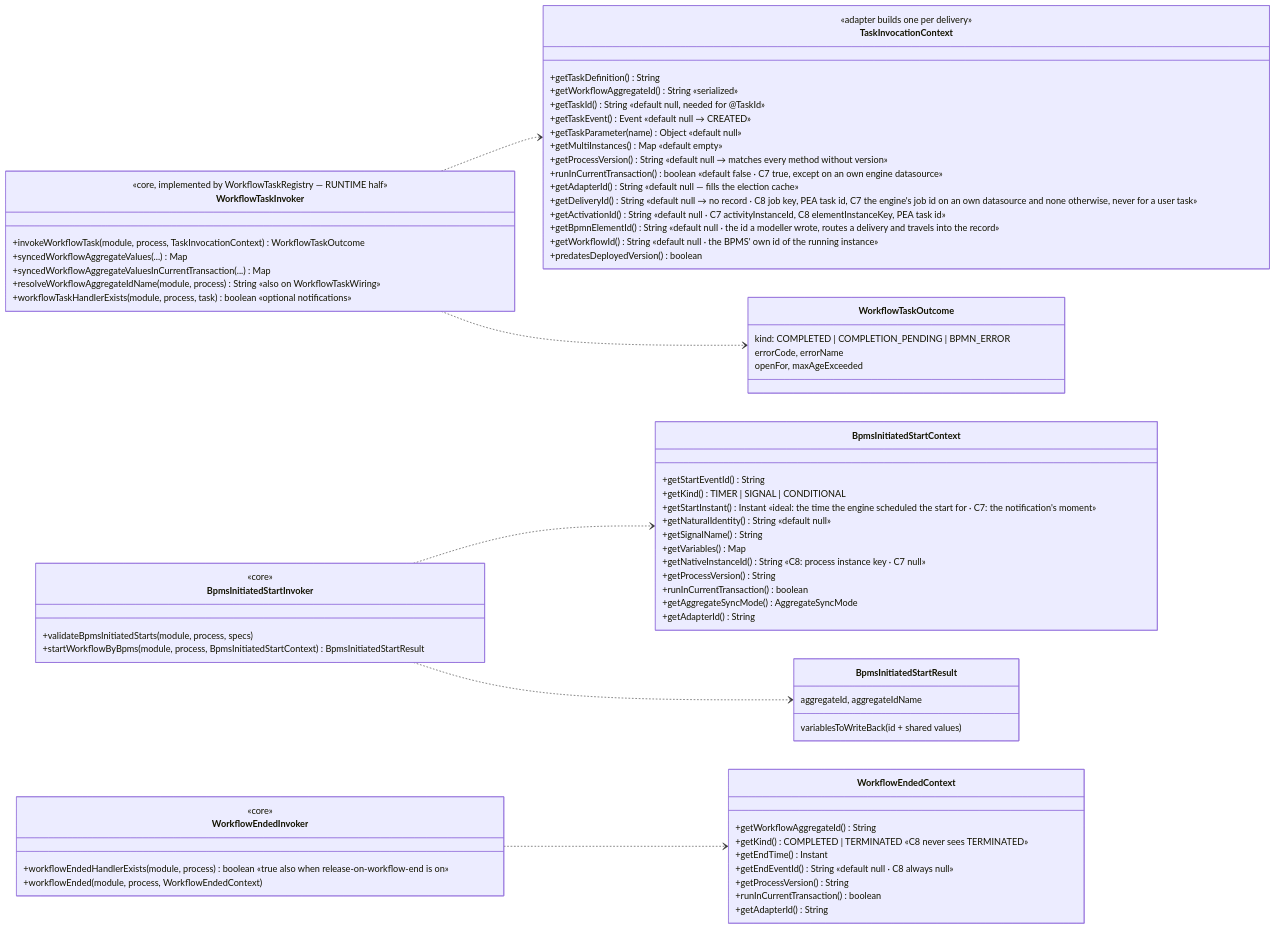
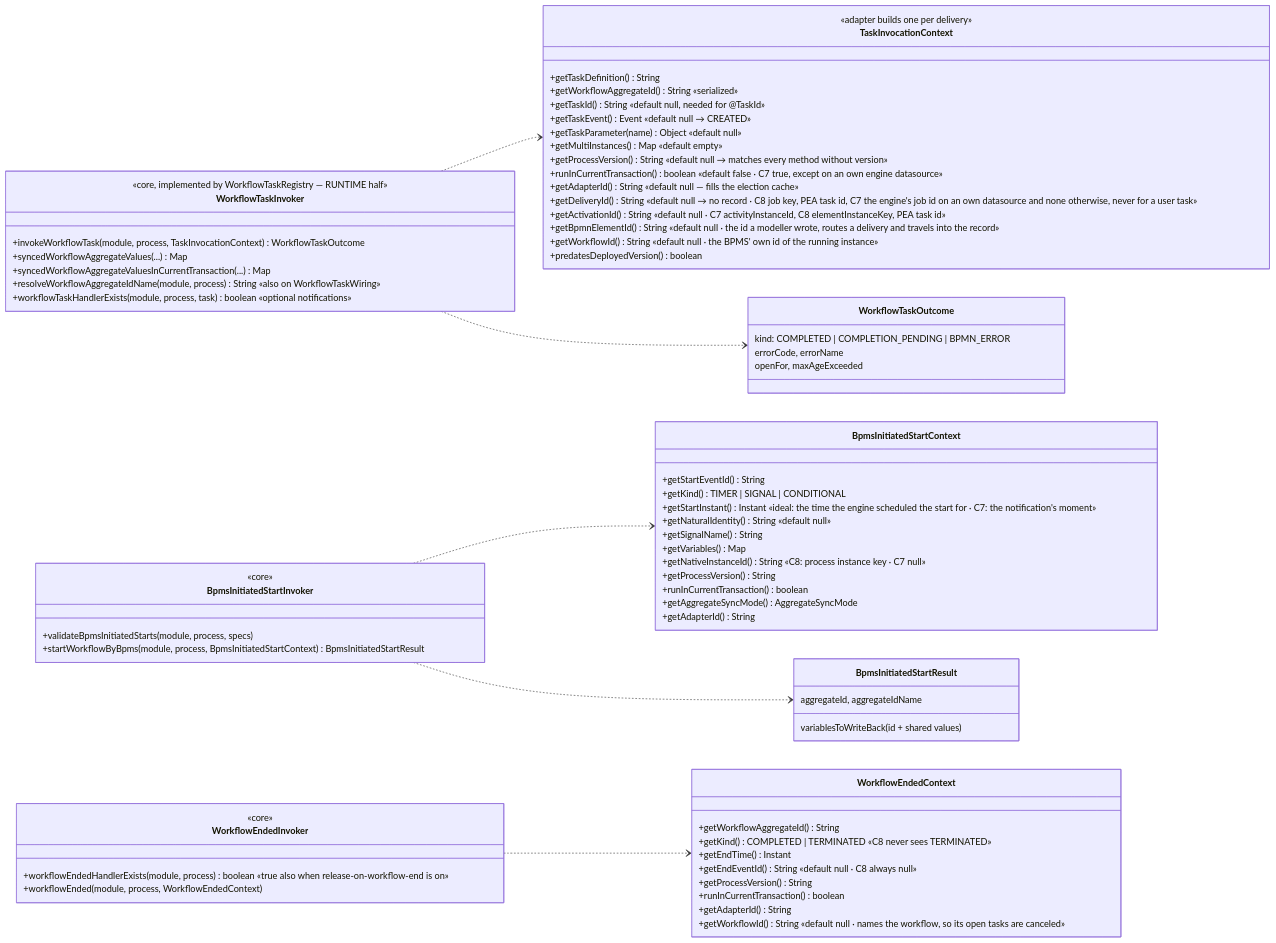
One commit to vanillabp/adapter-platform-integration changed the seventh of 15 diagrams in migration-adapter/README.md. Above: the diagram before and after it, drawn with Mermaid. The commit also changed other lines of this file and 18 other files, not shown here.

````diff
--- a/migration-adapter/README.md
+++ b/migration-adapter/README.md
@@ -1000,75 +1000,76 @@
 ```mermaid
 classDiagram
   direction LR
   class WorkflowTaskInvoker {
     <<core, implemented by WorkflowTaskRegistry — RUNTIME half>>
     +invokeWorkflowTask(module, process, TaskInvocationContext) WorkflowTaskOutcome
     +syncedWorkflowAggregateValues(...) Map
     +syncedWorkflowAggregateValuesInCurrentTransaction(...) Map
     +resolveWorkflowAggregateIdName(module, process) String  «also on WorkflowTaskWiring»
     +workflowTaskHandlerExists(module, process, task) boolean  «optional notifications»
   }
   class TaskInvocationContext {
     <<adapter builds one per delivery>>
     +getTaskDefinition() String
     +getWorkflowAggregateId() String  «serialized»
     +getTaskId() String  «default null, needed for @TaskId»
     +getTaskEvent() Event  «default null → CREATED»
     +getTaskParameter(name) Object  «default null»
     +getMultiInstances() Map  «default empty»
     +getProcessVersion() String  «default null → matches every method without version»
     +runInCurrentTransaction() boolean  «default false · C7 true, except on an own engine datasource»
     +getAdapterId() String  «default null — fills the election cache»
     +getDeliveryId() String  «default null → no record · C8 job key, PEA task id, C7 the engine's job id on an own datasource and none otherwise, never for a user task»
     +getActivationId() String  «default null · C7 activityInstanceId, C8 elementInstanceKey, PEA task id»
     +getBpmnElementId() String  «default null · the id a modeller wrote, routes a delivery and travels into the record»
     +getWorkflowId() String  «default null · the BPMS' own id of the running instance»
     +predatesDeployedVersion() boolean
   }
   class WorkflowTaskOutcome {
     kind: COMPLETED | COMPLETION_PENDING | BPMN_ERROR
     errorCode, errorName
     openFor, maxAgeExceeded
   }
   class BpmsInitiatedStartInvoker {
     <<core>>
     +validateBpmsInitiatedStarts(module, process, specs)
     +startWorkflowByBpms(module, process, BpmsInitiatedStartContext) BpmsInitiatedStartResult
   }
   class BpmsInitiatedStartContext {
     +getStartEventId() String
     +getKind() TIMER | SIGNAL | CONDITIONAL
     +getStartInstant() Instant  «ideal: the time the engine scheduled the start for · C7: the notification's moment»
     +getNaturalIdentity() String  «default null»
     +getSignalName() String
     +getVariables() Map
     +getNativeInstanceId() String  «C8: process instance key · C7 null»
     +getProcessVersion() String
     +runInCurrentTransaction() boolean
     +getAggregateSyncMode() AggregateSyncMode
     +getAdapterId() String
   }
   class BpmsInitiatedStartResult {
     aggregateId, aggregateIdName
     variablesToWriteBack (id + shared values)
   }
   class WorkflowEndedInvoker {
     <<core>>
     +workflowEndedHandlerExists(module, process) boolean  «true also when release-on-workflow-end is on»
     +workflowEnded(module, process, WorkflowEndedContext)
   }
   class WorkflowEndedContext {
     +getWorkflowAggregateId() String
     +getKind() COMPLETED | TERMINATED  «C8 never sees TERMINATED»
     +getEndTime() Instant
     +getEndEventId() String  «default null · C8 always null»
     +getProcessVersion() String
     +runInCurrentTransaction() boolean
     +getAdapterId() String
+    +getWorkflowId() String  «default null · names the workflow, so its open tasks are canceled»
   }
   WorkflowTaskInvoker ..> TaskInvocationContext
   WorkflowTaskInvoker ..> WorkflowTaskOutcome
   BpmsInitiatedStartInvoker ..> BpmsInitiatedStartContext
   BpmsInitiatedStartInvoker ..> BpmsInitiatedStartResult
   WorkflowEndedInvoker ..> WorkflowEndedContext
 ```
````
